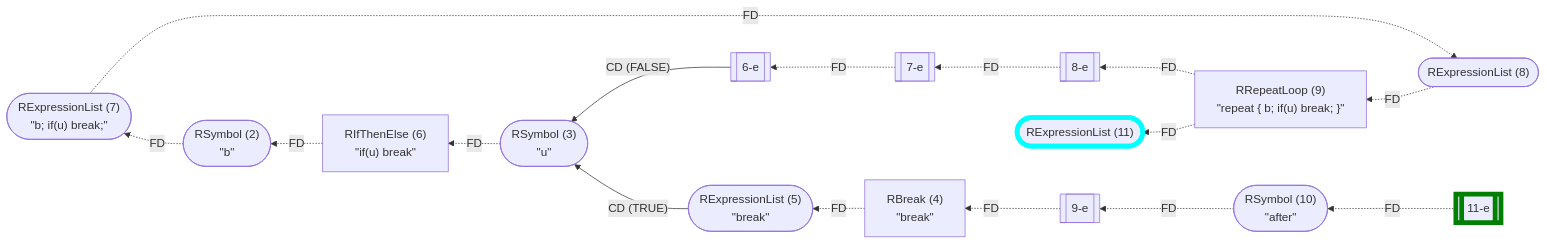
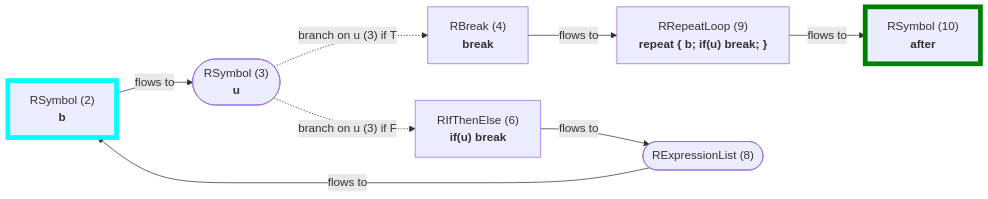
Diagram 11 of 22 in wiki/Control Flow Graph.md (flowr-analysis/flowr), drawn with Mermaid before and after one commit. The commit also changed other lines of this file and 141 other files, not shown here.

````diff
--- a/wiki/Control Flow Graph.md
+++ b/wiki/Control Flow Graph.md
@@ -724,42 +652,24 @@
 ```mermaid
-flowchart RL
-    n11(["`RExpressionList (11)`"])
+flowchart LR
+    n2["`RSymbol (2)
+**b**`"]
+    n3(["`RSymbol (3)
+**u**`"])
+    n4["`RBreak (4)
+**break**`"]
+    n6["`RIfThenElse (6)
+**if(u) break**`"]
     n8(["`RExpressionList (8)`"])
-    n7(["`RExpressionList (7)
-#34;b; if(u) break;#34;`"])
-    n2(["`RSymbol (2)
-#34;b#34;`"])
-    n6["`RIfThenElse (6)
-#34;if(u) break#34;`"]
-    n6-e[[6-e]]
-    n3(["`RSymbol (3)
-#34;u#34;`"])
-    n5(["`RExpressionList (5)
-#34;break#34;`"])
-    n4["`RBreak (4)
-#34;break#34;`"]
-    n7-e[[7-e]]
-    n8-e[[8-e]]
     n9["`RRepeatLoop (9)
-#34;repeat #123; b; if(u) break; #125;#34;`"]
-    n9-e[[9-e]]
-    n10(["`RSymbol (10)
-#34;after#34;`"])
-    n11-e[[11-e]]
-    n9 -.->|"FD"| n11
-    n9 -.->|"FD"| n8-e
-    n7 -.->|"FD"| n8
-    n2 -.->|"FD"| n7
-    n6 -.->|"FD"| n2
-    n4 -.->|"FD"| n5
-    n5 -->|"CD (TRUE)"| n3
-    n3 -.->|"FD"| n6
-    n6-e -->|"CD (FALSE)"| n3
-    n7-e -.->|"FD"| n6-e
-    n8-e -.->|"FD"| n7-e
-    n8 -.->|"FD"| n9
-    n9-e -.->|"FD"| n4
-    n10 -.->|"FD"| n9-e
-    n11-e -.->|"FD"| n10
-    style n11 stroke:cyan,stroke-width:6.5px;    style n11-e stroke:green,stroke-width:6.5px;
+**repeat #123; b; if(u) break; #125;**`"]
+    n10["`RSymbol (10)
+**after**`"]
+    n4 -->|"flows to"| n9
+    n6 -->|"flows to"| n8
+    n3 -.->|"branch on u (3) if T"| n4
+    n3 -.->|"branch on u (3) if F"| n6
+    n2 -->|"flows to"| n3
+    n8 -->|"flows to"| n2
+    n9 -->|"flows to"| n10
+    style n2 stroke:cyan,stroke-width:6.5px;    style n10 stroke:green,stroke-width:6.5px;
 ```
````
